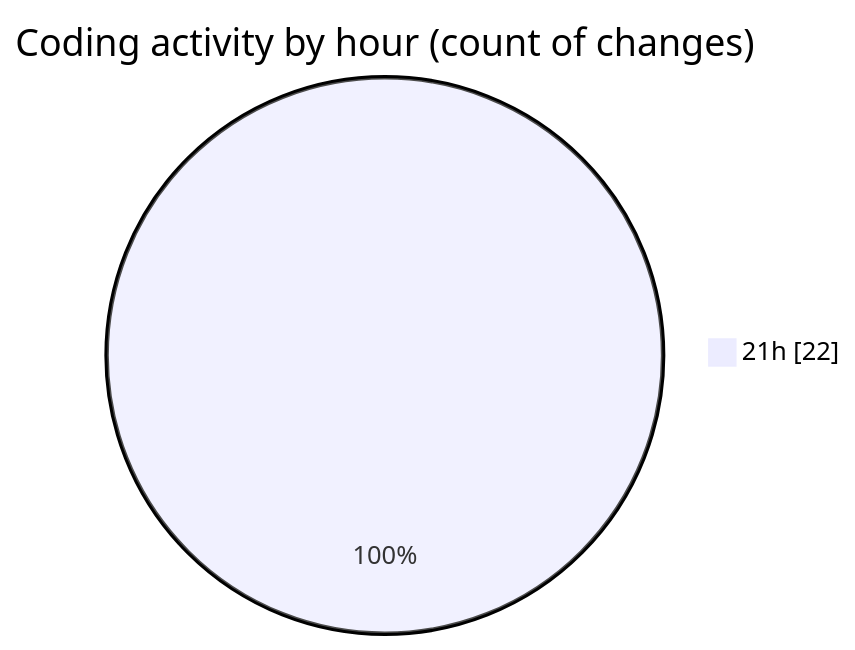
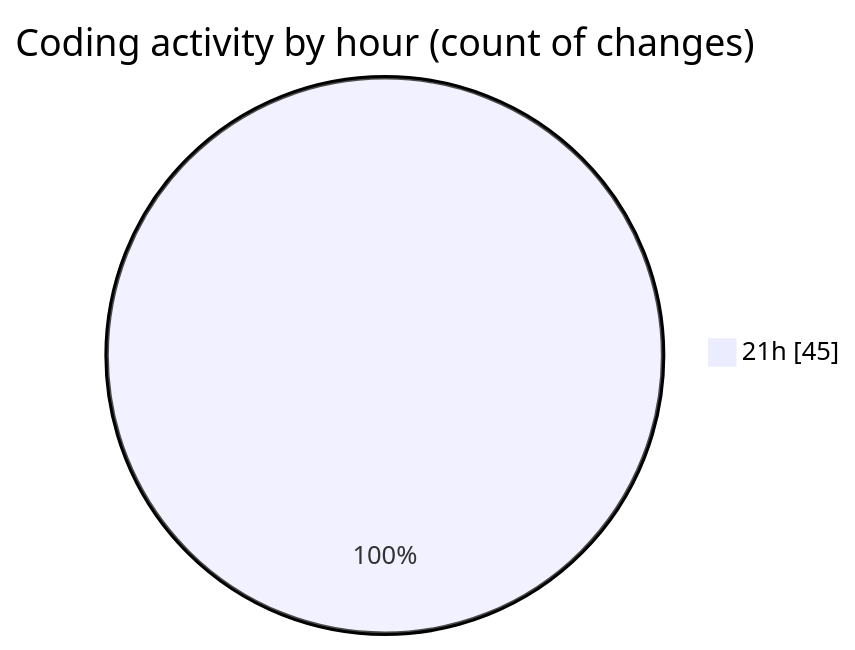
The second of 2 diagrams in 2025-04-05/schoolmanagement/README.md (Netris89/code-tracking), drawn with Mermaid before and after one commit. The commit also changed other lines of this file and 1 other file, not shown here.

````diff
--- a/2025-04-05/schoolmanagement/README.md
+++ b/2025-04-05/schoolmanagement/README.md
@@ -38,5 +39,5 @@
 ```mermaid
 pie showData
 title Coding activity by hour (count of changes)
-"21h" : 22
+"21h" : 45
 ```
````
